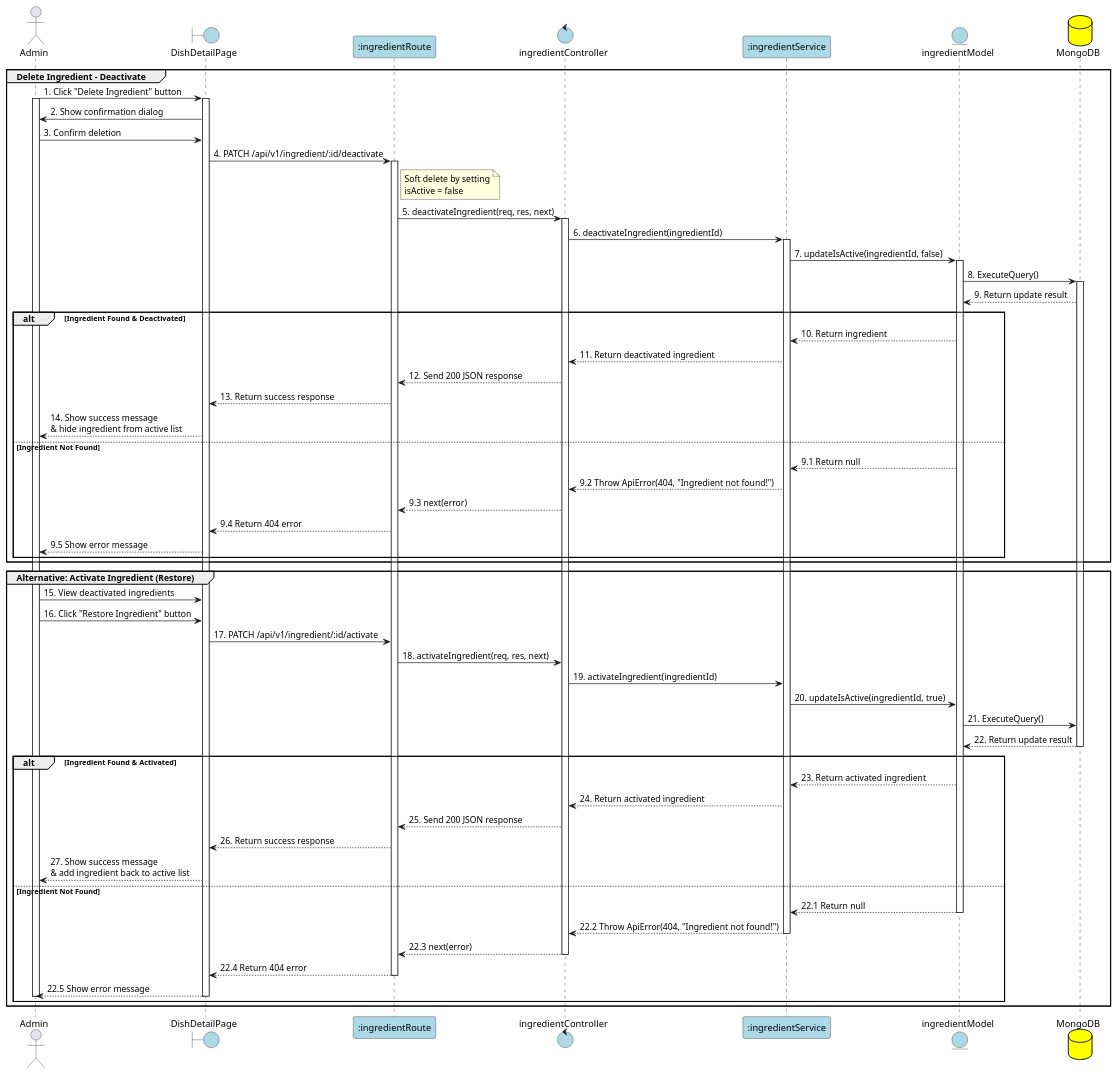
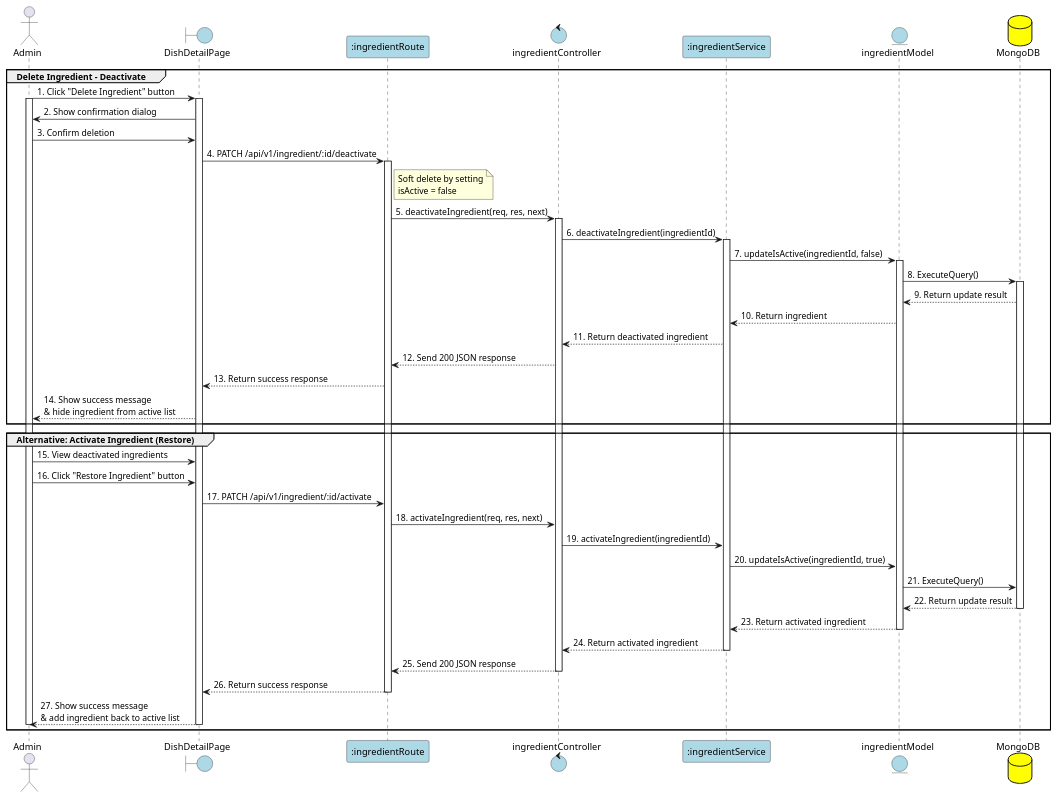
The diagram in PlanUML/26_DeleteIngredient.puml (Aohkne/CaloCook), drawn with PlantUML before and after one commit. The commit also changed 1 other file, not shown here.

```diff
--- a/PlanUML/26_DeleteIngredient.puml
+++ b/PlanUML/26_DeleteIngredient.puml
@@ -1,113 +1,89 @@
 @startuml DeleteIngredient
 
 actor "Admin" as Admin
 boundary "DishDetailPage" as View #lightblue
 participant ":ingredientRoute" as Route #lightblue
 control "ingredientController" as Controller #lightblue
 participant ":ingredientService" as Service #lightblue
 entity "ingredientModel" as IngredientModel #lightblue
 database "MongoDB" as MongoDB #yellow
 
 group Delete Ingredient - Deactivate
 
 Admin -> View: 1. Click "Delete Ingredient" button
 activate Admin
 activate View
 
 View -> Admin: 2. Show confirmation dialog
 
 Admin -> View: 3. Confirm deletion
 View -> Route: 4. PATCH /api/v1/ingredient/:id/deactivate
 activate Route
 
 note right of Route: Soft delete by setting\nisActive = false
 
 Route -> Controller: 5. deactivateIngredient(req, res, next)
 activate Controller
 
 Controller -> Service: 6. deactivateIngredient(ingredientId)
 activate Service
 
 Service -> IngredientModel: 7. updateIsActive(ingredientId, false)
 activate IngredientModel
 
 IngredientModel -> MongoDB: 8. ExecuteQuery()
 activate MongoDB
 MongoDB --> IngredientModel: 9. Return update result
 
-alt Ingredient Found & Deactivated
-    IngredientModel --> Service: 10. Return ingredient
-    
-    Service --> Controller: 11. Return deactivated ingredient
-    
-    Controller --> Route: 12. Send 200 JSON response
-    
-    Route --> View: 13. Return success response
-    
-    View --> Admin: 14. Show success message\n& hide ingredient from active list
-    
-else Ingredient Not Found
-    IngredientModel --> Service: 9.1 Return null
-    
-    Service --> Controller: 9.2 Throw ApiError(404, "Ingredient not found!")
-    
-    Controller --> Route: 9.3 next(error)
-    
-    Route --> View: 9.4 Return 404 error
-    
-    View --> Admin: 9.5 Show error message
-end
+IngredientModel --> Service: 10. Return ingredient
+
+Service --> Controller: 11. Return deactivated ingredient
+
+Controller --> Route: 12. Send 200 JSON response
+
+Route --> View: 13. Return success response
+
+View --> Admin: 14. Show success message\n& hide ingredient from active list
+
+
 
 end
 
 group Alternative: Activate Ingredient (Restore)
 
 Admin -> View: 15. View deactivated ingredients
 
 Admin -> View: 16. Click "Restore Ingredient" button
 
 View -> Route: 17. PATCH /api/v1/ingredient/:id/activate
 
 Route -> Controller: 18. activateIngredient(req, res, next)
 
 Controller -> Service: 19. activateIngredient(ingredientId)
 
 Service -> IngredientModel: 20. updateIsActive(ingredientId, true)
 
 IngredientModel -> MongoDB: 21. ExecuteQuery()
 
 MongoDB --> IngredientModel: 22. Return update result
 deactivate MongoDB
 
-alt Ingredient Found & Activated
-    IngredientModel --> Service: 23. Return activated ingredient
 
-    Service --> Controller: 24. Return activated ingredient
+IngredientModel --> Service: 23. Return activated ingredient
+deactivate IngredientModel
 
-    Controller --> Route: 25. Send 200 JSON response
+Service --> Controller: 24. Return activated ingredient
+deactivate Service
 
-    Route --> View: 26. Return success response
+Controller --> Route: 25. Send 200 JSON response
+deactivate Controller
 
-    View --> Admin: 27. Show success message\n& add ingredient back to active list
+Route --> View: 26. Return success response
+deactivate Route
 
-else Ingredient Not Found
-    IngredientModel --> Service: 22.1 Return null
-    deactivate IngredientModel
-    
-    Service --> Controller: 22.2 Throw ApiError(404, "Ingredient not found!")
-    deactivate Service
-    
-    Controller --> Route: 22.3 next(error)
-    deactivate Controller
-    
-    Route --> View: 22.4 Return 404 error
-    deactivate Route
-    
-    View --> Admin: 22.5 Show error message
-    deactivate View
-    deactivate Admin
-end
-
+View --> Admin: 27. Show success message\n& add ingredient back to active list
+deactivate View
+deactivate Admin
 end
 
 @enduml
```
